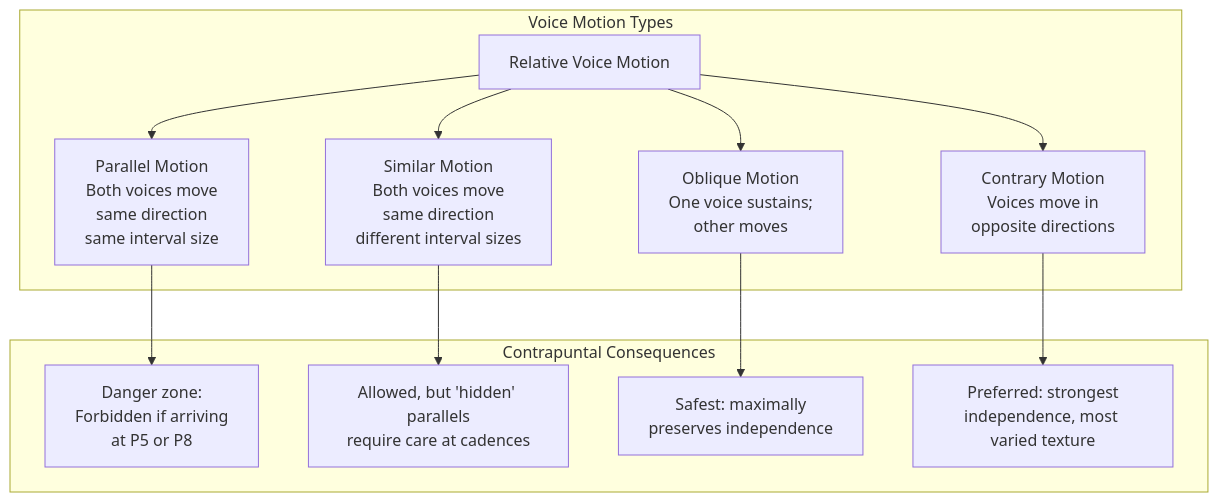
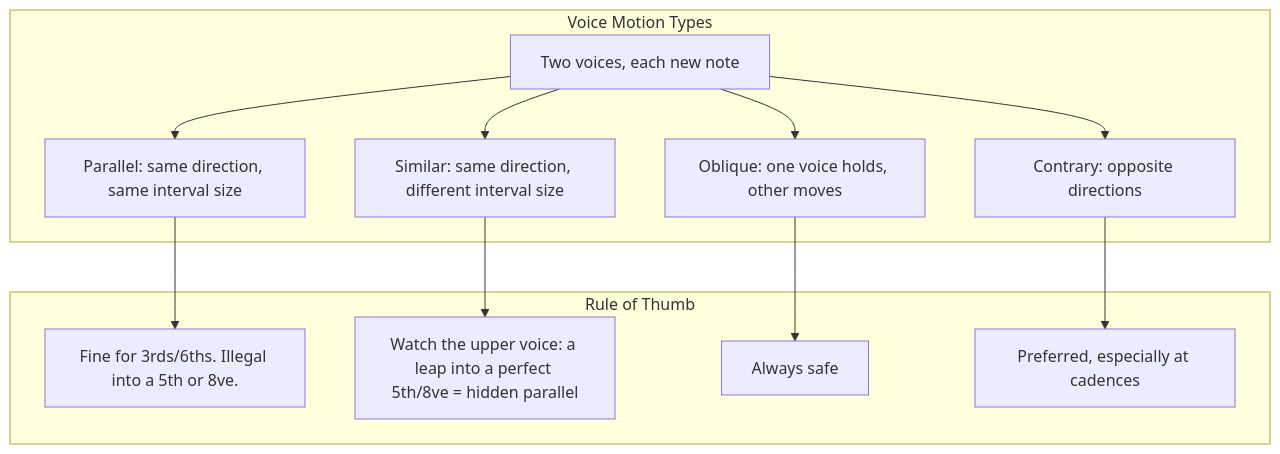
One commit to blebleblee/synapse changed the third of 3 diagrams in topics/arts/composition/counterpoint/lesson_01_counterpoint_fundamentals.md. Above: the diagram before and after it, drawn with Mermaid. The commit also changed other lines of this file and 4 other files, not shown here.

````diff
--- a/topics/arts/composition/counterpoint/lesson_01_counterpoint_fundamentals.md
+++ b/topics/arts/composition/counterpoint/lesson_01_counterpoint_fundamentals.md
@@ -162,26 +105,20 @@
 ```mermaid
 graph TD
     subgraph sub_motion ["Voice Motion Types"]
-        M["Relative Voice Motion"]
-        PM["Parallel Motion<br/>Both voices move<br/>same direction<br/>same interval size"]
-        SM["Similar Motion<br/>Both voices move<br/>same direction<br/>different interval sizes"]
-        OM["Oblique Motion<br/>One voice sustains;<br/>other moves"]
-        CM["Contrary Motion<br/>Voices move in<br/>opposite directions"]
+        M["Two voices, each new note"]
+        PM["Parallel: same direction, same interval size"]
+        SM["Similar: same direction, different interval size"]
+        OM["Oblique: one voice holds, other moves"]
+        CM["Contrary: opposite directions"]
     end
-    
-    subgraph sub_consequences ["Contrapuntal Consequences"]
-        PD["Danger zone:<br/>Forbidden if arriving<br/>at P5 or P8"]
-        SD["Allowed, but 'hidden' parallels<br/>require care at cadences"]
-        OD["Safest: maximally<br/>preserves independence"]
-        CD["Preferred: strongest<br/>independence, most varied texture"]
+    subgraph sub_rule ["Rule of Thumb"]
+        PD["Fine for 3rds/6ths. Illegal into a 5th or 8ve."]
+        SD["Watch the upper voice: a leap into a perfect 5th/8ve = hidden parallel"]
+        OD["Always safe"]
+        CD["Preferred, especially at cadences"]
     end
-    
-    M --> PM
-    M --> SM
-    M --> OM
-    M --> CM
-    PM --> PD
-    SM --> SD
-    OM --> OD
-    CM --> CD
+    M --> PM --> PD
+    M --> SM --> SD
+    M --> OM --> OD
+    M --> CM --> CD
 ```
````
